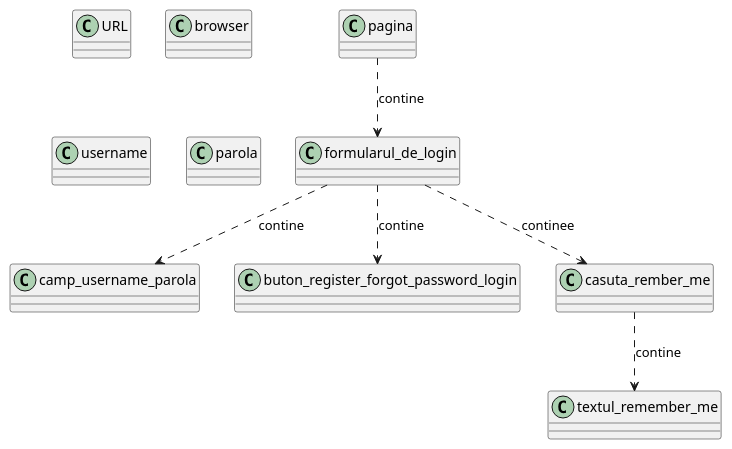
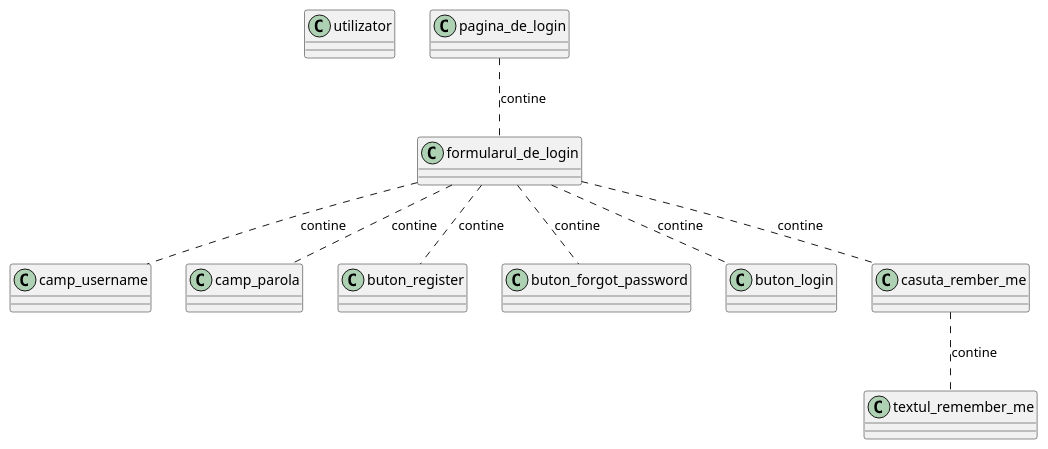
One commit to Alyc03/SmartCook changed the diagram in Class.puml. Above: the diagram before and after it, drawn with PlantUML.

```diff
--- a/Class.puml
+++ b/Class.puml
@@ -1,18 +1,21 @@
 @startuml
-class URL {}
-class browser {}
-class pagina {}
+class utilizator {}
+class pagina_de_login {}
 class formularul_de_login{}
-pagina ..> formularul_de_login :contine
-class camp_username_parola {}
-class username {}
-class parola {}
-class buton_register_forgot_password_login {}
+pagina_de_login .. formularul_de_login :contine
+class camp_username {}
+class camp_parola {}
+class buton_register {}
+class buton_forgot_password {}
+class buton_login {}
 class casuta_rember_me {}
 class textul_remember_me {}
-casuta_rember_me ..> textul_remember_me :contine
-formularul_de_login ..> camp_username_parola :contine
-formularul_de_login ..> buton_register_forgot_password_login :contine
-formularul_de_login ..> casuta_rember_me :continee
+casuta_rember_me .. textul_remember_me :contine
+formularul_de_login .. camp_username :contine
+formularul_de_login .. camp_parola :contine
+formularul_de_login .. buton_register :contine
+formularul_de_login .. buton_forgot_password :contine
+formularul_de_login .. buton_login :contine
+formularul_de_login .. casuta_rember_me :contine
 
 @enduml
```
